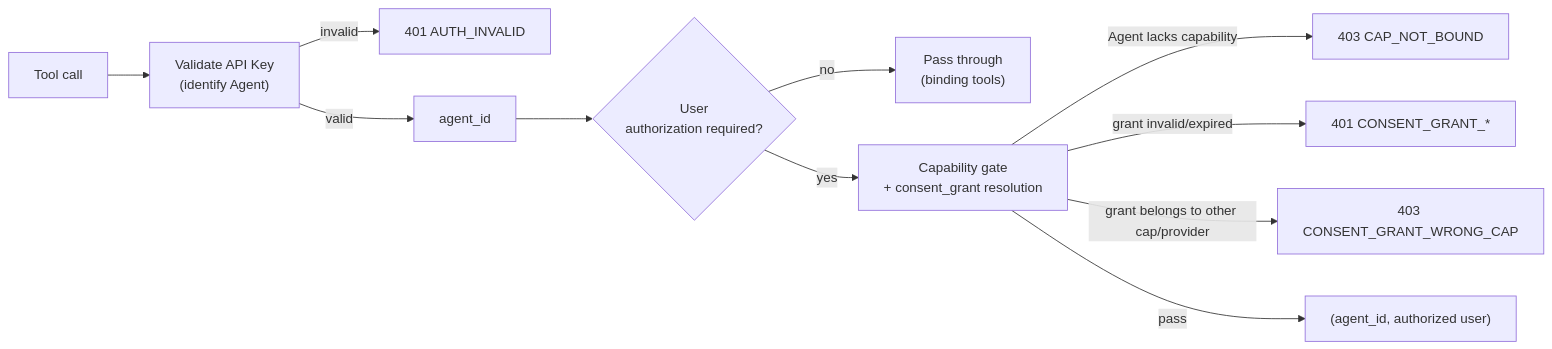
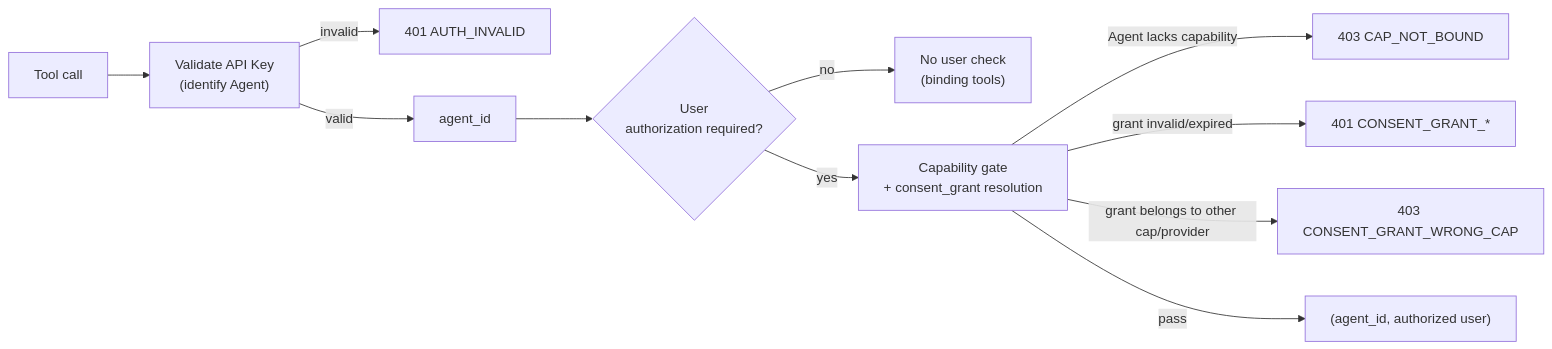
One commit to clawdot/docs changed the second of 3 diagrams in en/gateway/architecture.mdx. Above: the diagram before and after it, drawn with Mermaid. The commit also changed other lines of this file and 88 other files, not shown here.

````diff
--- a/en/gateway/architecture.mdx
+++ b/en/gateway/architecture.mdx
@@ -93,13 +93,13 @@
 ```mermaid
 flowchart LR
   A["Tool call"] --> B["Validate API Key<br/>(identify Agent)"]
   B -- invalid --> E["401 AUTH_INVALID"]
   B -- valid --> C["agent_id"]
   C --> D{"User<br/>authorization required?"}
-  D -- no --> Z["Pass through<br/>(binding tools)"]
+  D -- no --> Z["No user check<br/>(binding tools)"]
   D -- yes --> F["Capability gate<br/>+ consent_grant resolution"]
   F -- Agent lacks capability --> G["403 CAP_NOT_BOUND"]
   F -- grant invalid/expired --> H["401 CONSENT_GRANT_*"]
   F -- grant belongs to other cap/provider --> I["403 CONSENT_GRANT_WRONG_CAP"]
   F -- pass --> J["(agent_id, authorized user)"]
 ```
````
